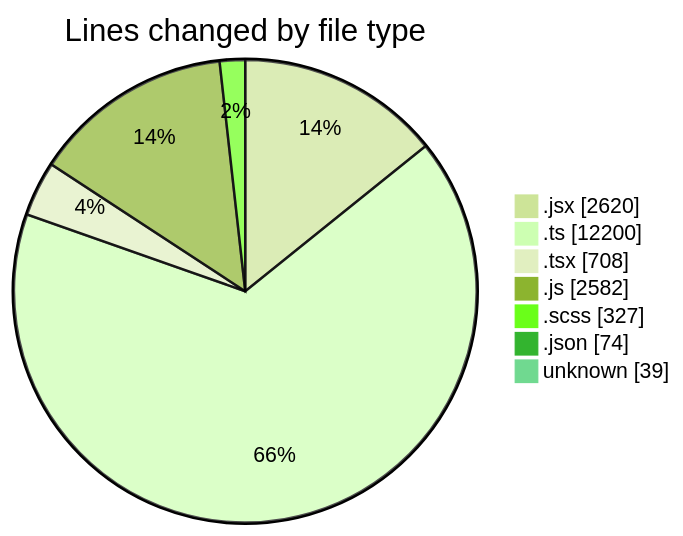
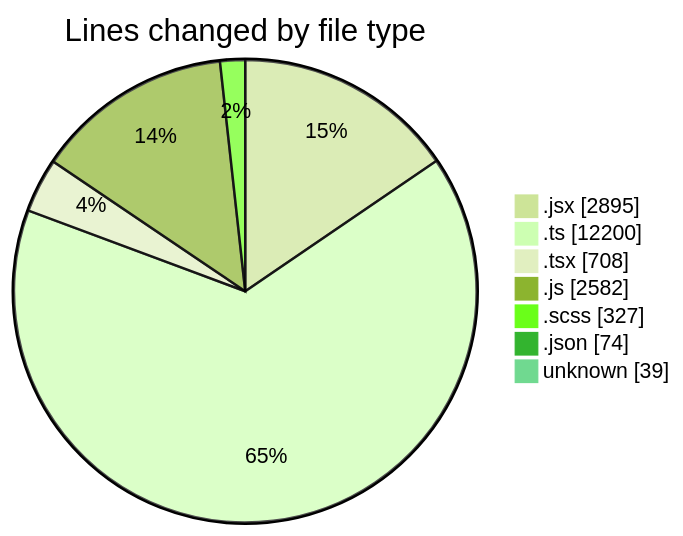
Before and after one commit to momahboobian/code-tracking: the first of 2 diagrams in 2025-06-05/cda/README.md, drawn with Mermaid (forest theme). The commit also changed other lines of this file and 1 other file, not shown here.

````diff
--- a/2025-06-05/cda/README.md
+++ b/2025-06-05/cda/README.md
@@ -54,11 +55,11 @@
 ```mermaid
 pie showData
 title Lines changed by file type
-".jsx" : 2620
+".jsx" : 2895
 ".ts" : 12200
 ".tsx" : 708
 ".js" : 2582
 ".scss" : 327
 ".json" : 74
 "unknown" : 39
 ```
````
